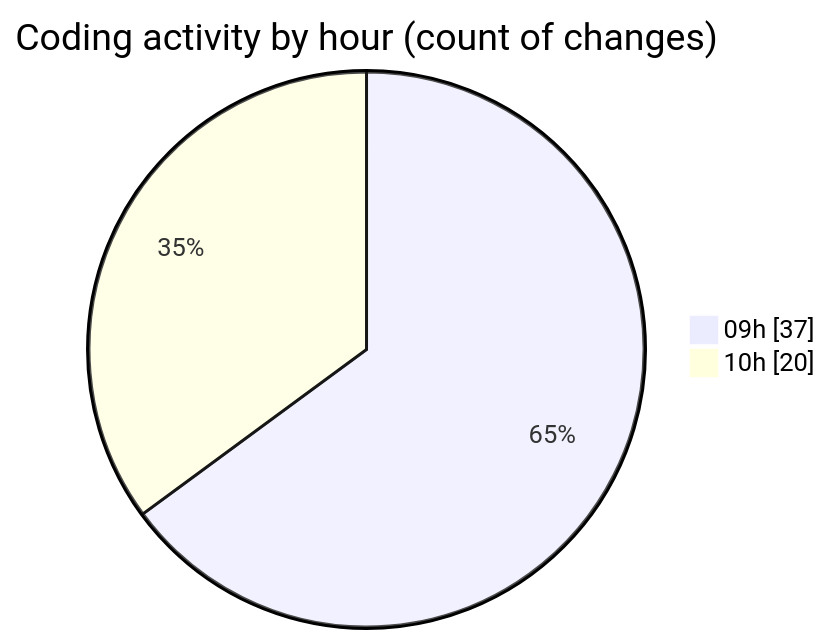
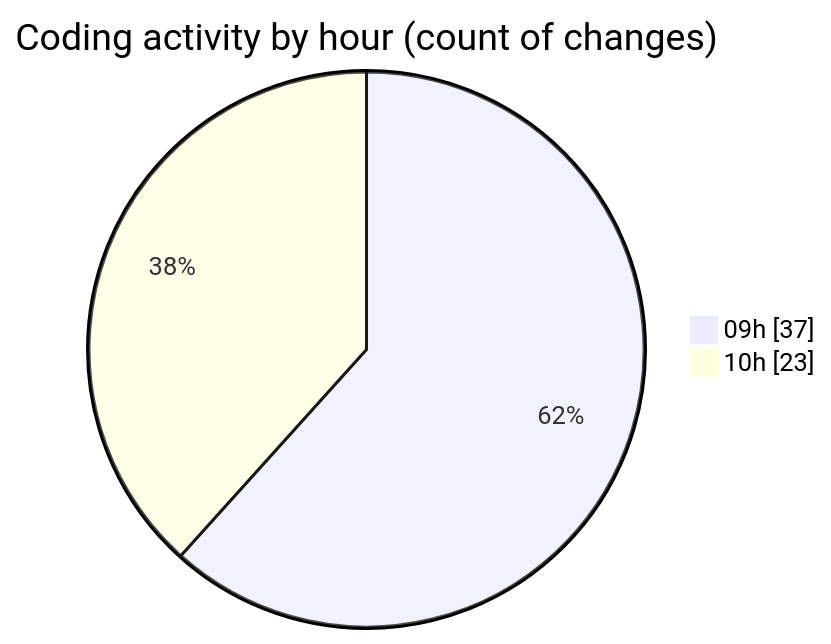
Before and after one commit to momahboobian/code-tracking: the second of 2 diagrams in 2025-02-12/cda/README.md, drawn with Mermaid. The commit also changed other lines of this file and 1 other file, not shown here.

````diff
--- a/2025-02-12/cda/README.md
+++ b/2025-02-12/cda/README.md
@@ -29,6 +29,6 @@
 ```mermaid
 pie showData
 title Coding activity by hour (count of changes)
 "09h" : 37
-"10h" : 20
+"10h" : 23
 ```
````
